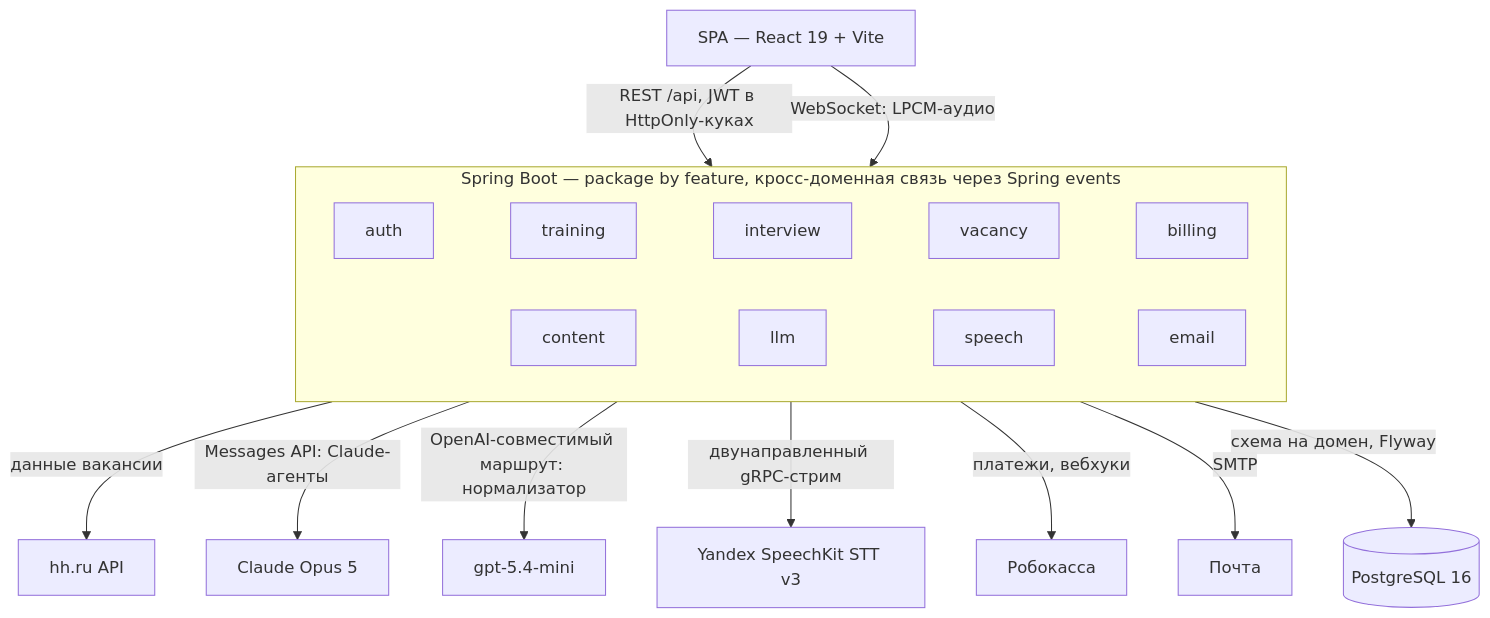
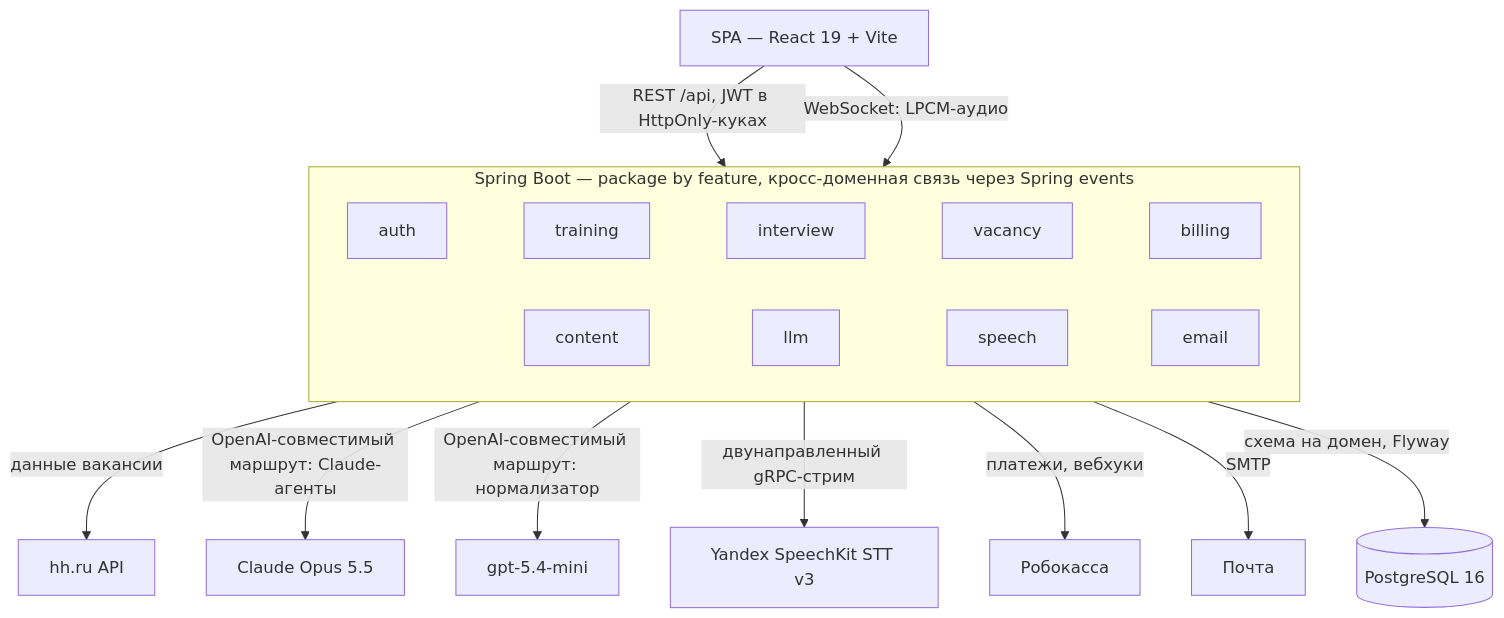
Before and after one commit to Alextrusk27/workbit: the first of 2 diagrams in README.ru.md, drawn with Mermaid. The commit also changed other lines of this file and 14 other files, not shown here.

First line of the commit message:
refactor(llm): switch claude client to gateway chat completions route

````diff
--- a/README.ru.md
+++ b/README.ru.md
@@ -119,20 +119,20 @@
 ```mermaid
 flowchart TB
     SPA["SPA — React 19 + Vite"]
     SPA -->|"REST /api, JWT в HttpOnly-куках"| BE
     SPA -->|"WebSocket: LPCM-аудио"| BE
 
     subgraph BE["Spring Boot — package by feature, кросс-доменная связь через Spring events"]
         direction LR
         auth ~~~ training ~~~ interview ~~~ vacancy ~~~ billing
         content ~~~ llm ~~~ speech ~~~ email
     end
 
     BE -->|"схема на домен, Flyway"| PG[("PostgreSQL 16")]
     vacancy -->|"данные вакансии"| HH["hh.ru API"]
-    llm -->|"Messages API: Claude-агенты"| CL["Claude Opus 5"]
+    llm -->|"OpenAI-совместимый маршрут: Claude-агенты"| CL["Claude Opus 5.5"]
     llm -->|"OpenAI-совместимый маршрут: нормализатор"| GPT["gpt-5.4-mini"]
     speech -->|"двунаправленный gRPC-стрим"| STT["Yandex SpeechKit STT v3"]
     billing -->|"платежи, вебхуки"| RK["Робокасса"]
     email -->|"SMTP"| MX["Почта"]
 ```
````
